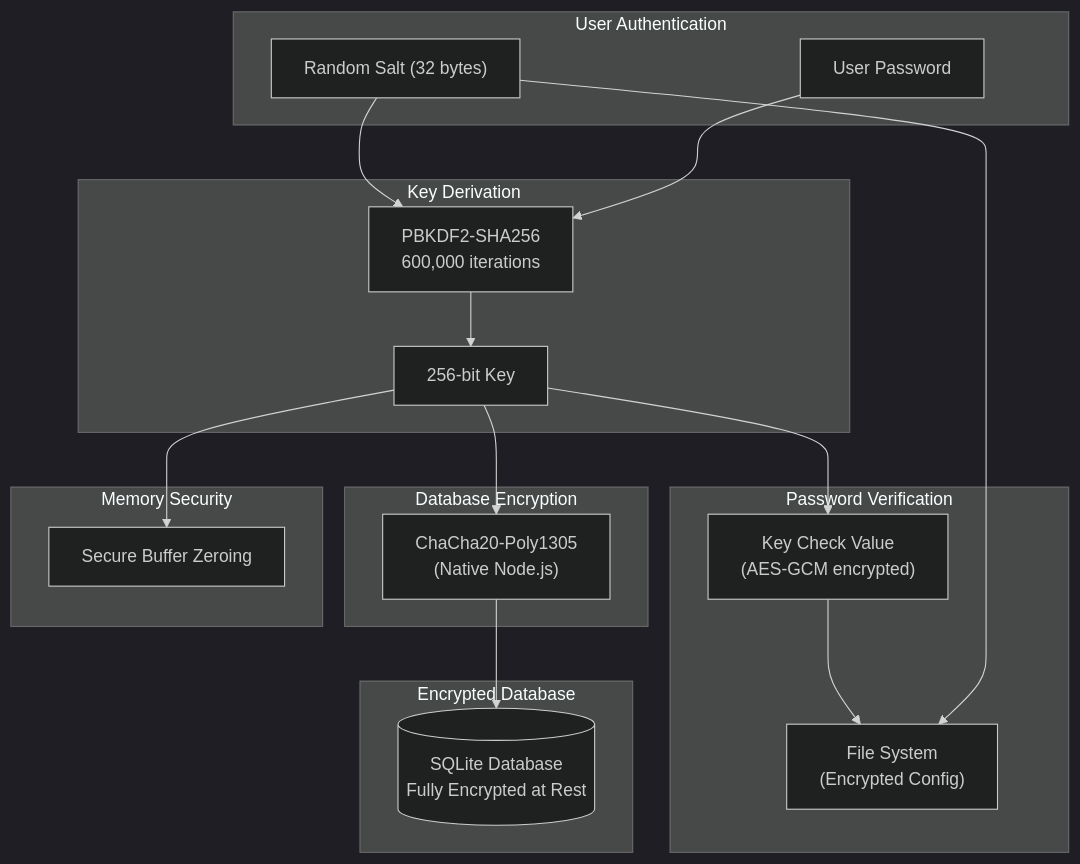
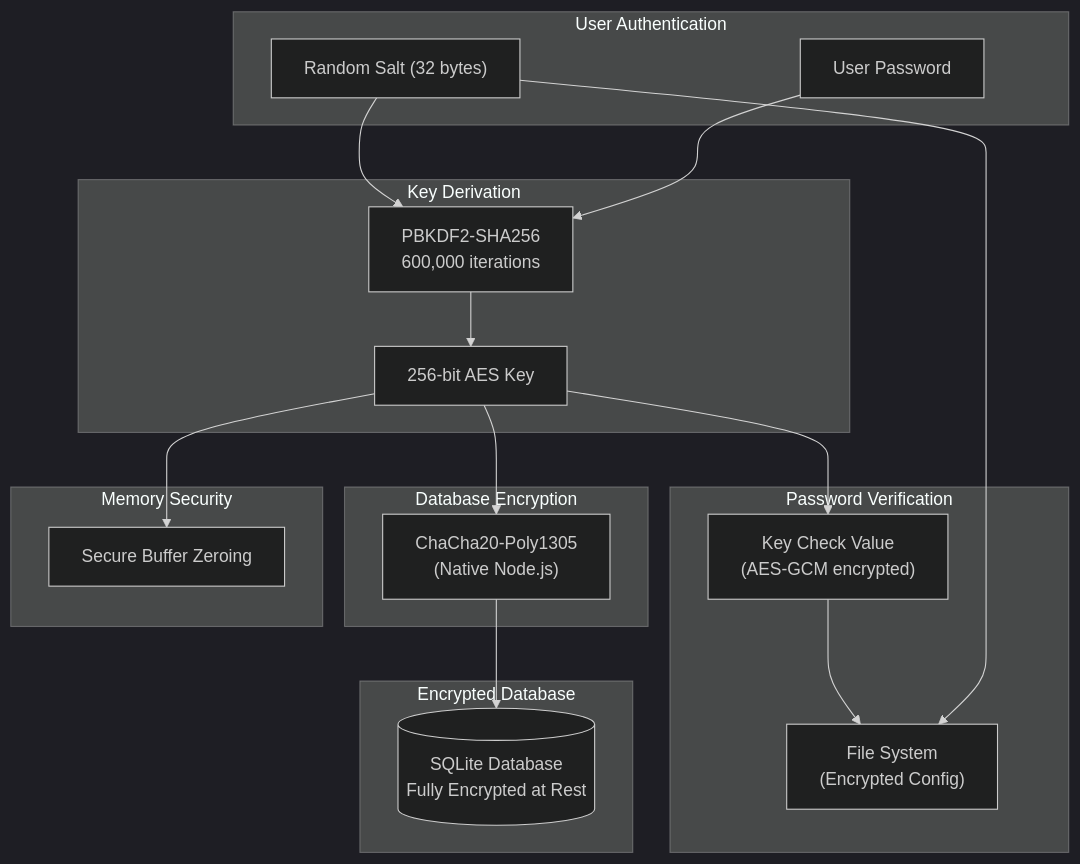
Before and after one commit to a2f0/tearleads: the second of 4 diagrams in docs/encryption-architecture.md, drawn with Mermaid (dark theme). The commit also changed other lines of this file, not shown here.

````diff
--- a/docs/encryption-architecture.md
+++ b/docs/encryption-architecture.md
@@ -49,39 +49,39 @@
 ```mermaid
 flowchart TB
     subgraph UserAuth["User Authentication"]
         PWD["User Password"]
         SALT["Random Salt (32 bytes)"]
     end
 
     subgraph KeyDerivation["Key Derivation"]
         PBKDF2["PBKDF2-SHA256<br/>600,000 iterations"]
-        KEY["256-bit Key"]
+        KEY["256-bit AES Key"]
     end
 
     subgraph Verification["Password Verification"]
         KCV["Key Check Value<br/>(AES-GCM encrypted)"]
         STORE["File System<br/>(Encrypted Config)"]
     end
 
     subgraph Encryption["Database Encryption"]
         CIPHER["ChaCha20-Poly1305<br/>(Native Node.js)"]
     end
 
     subgraph Database["Encrypted Database"]
         DB[("SQLite Database<br/>Fully Encrypted at Rest")]
     end
 
     subgraph Security["Memory Security"]
         ZERO["Secure Buffer Zeroing"]
     end
 
     PWD --> PBKDF2
     SALT --> PBKDF2
     PBKDF2 --> KEY
     KEY --> KCV
     SALT --> STORE
     KCV --> STORE
     KEY --> CIPHER
     CIPHER --> DB
     KEY --> ZERO
 ```
````
